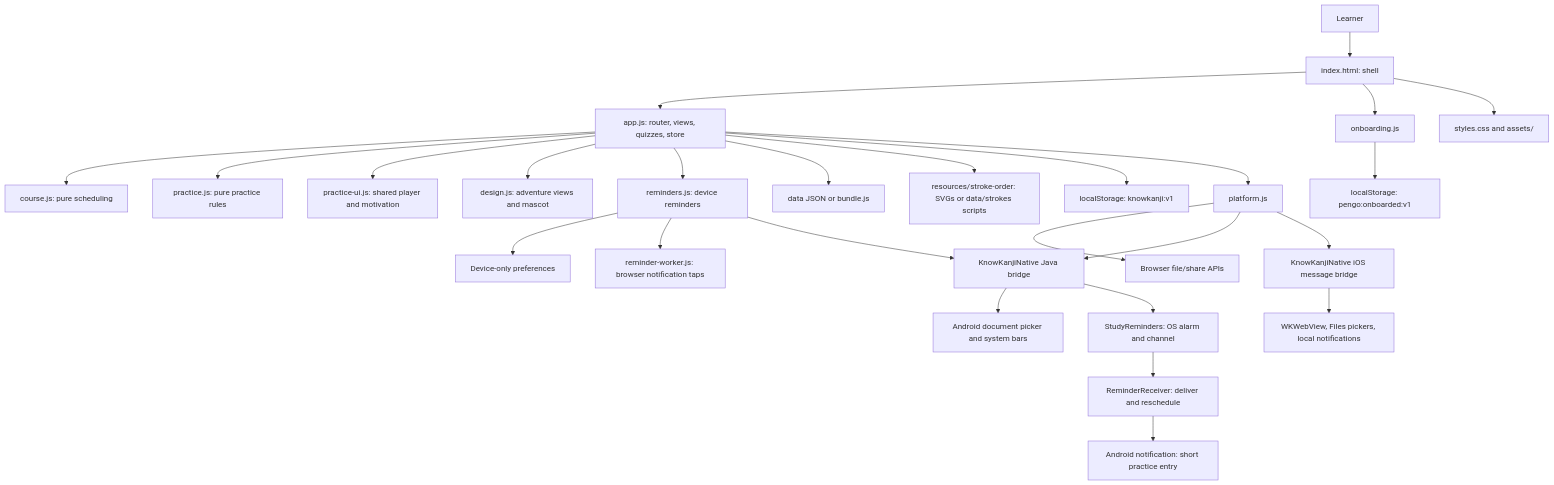
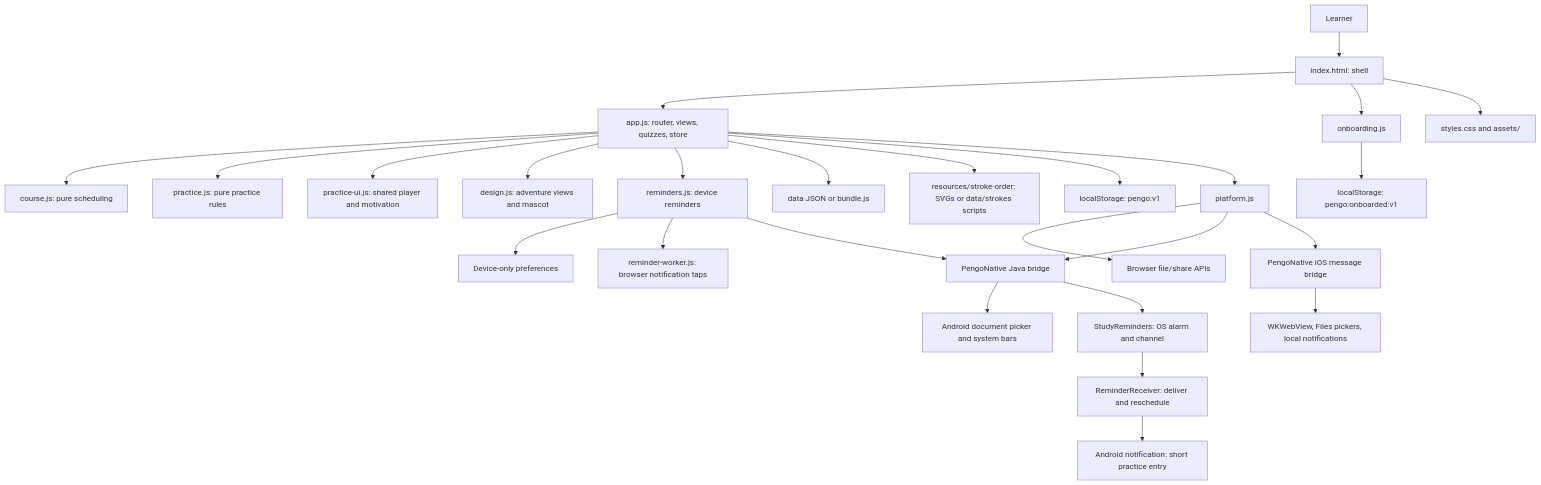
Before and after one commit to rummanrc/pengo: the first of 3 diagrams in docs/architecture.md, drawn with Mermaid. The commit also changed other lines of this file and 95 other files, not shown here.

````diff
--- a/docs/architecture.md
+++ b/docs/architecture.md
@@ -7,28 +7,28 @@
 ```mermaid
 flowchart TD
     User["Learner"] --> Shell["index.html: shell"]
     Shell --> App["app.js: router, views, quizzes, store"]
     App --> Course["course.js: pure scheduling"]
     App --> Practice["practice.js: pure practice rules"]
     App --> PracticeUI["practice-ui.js: shared player and motivation"]
     App --> Design["design.js: adventure views and mascot"]
     App --> Reminders["reminders.js: device reminders"]
     Reminders --> DevicePrefs["Device-only preferences"]
     Reminders --> Worker["reminder-worker.js: browser notification taps"]
     Reminders --> Bridge
     App --> Content["data JSON or bundle.js"]
     App --> SVG["resources/stroke-order: SVGs or data/strokes scripts"]
-    App --> Storage["localStorage: knowkanji:v1"]
+    App --> Storage["localStorage: pengo:v1"]
     Shell --> Intro["onboarding.js"]
     Intro --> Flag["localStorage: pengo:onboarded:v1"]
     App --> Platform["platform.js"]
     Platform --> Browser["Browser file/share APIs"]
-    Platform --> Bridge["KnowKanjiNative Java bridge"]
-    Platform --> IOSBridge["KnowKanjiNative iOS message bridge"]
+    Platform --> Bridge["PengoNative Java bridge"]
+    Platform --> IOSBridge["PengoNative iOS message bridge"]
     IOSBridge --> IOS["WKWebView, Files pickers, local notifications"]
     Bridge --> Android["Android document picker and system bars"]
     Bridge --> Alarm["StudyReminders: OS alarm and channel"]
     Alarm --> Receiver["ReminderReceiver: deliver and reschedule"]
     Receiver --> Notification["Android notification: short practice entry"]
     Shell --> Style["styles.css and assets/"]
 ```
````
